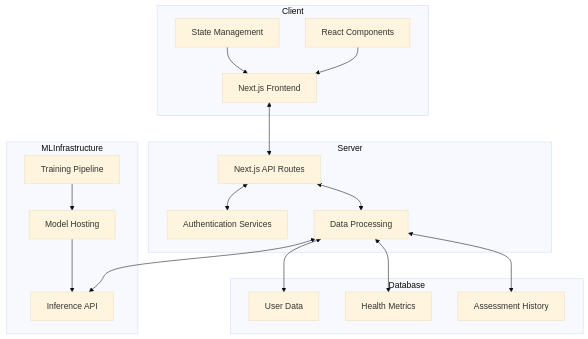
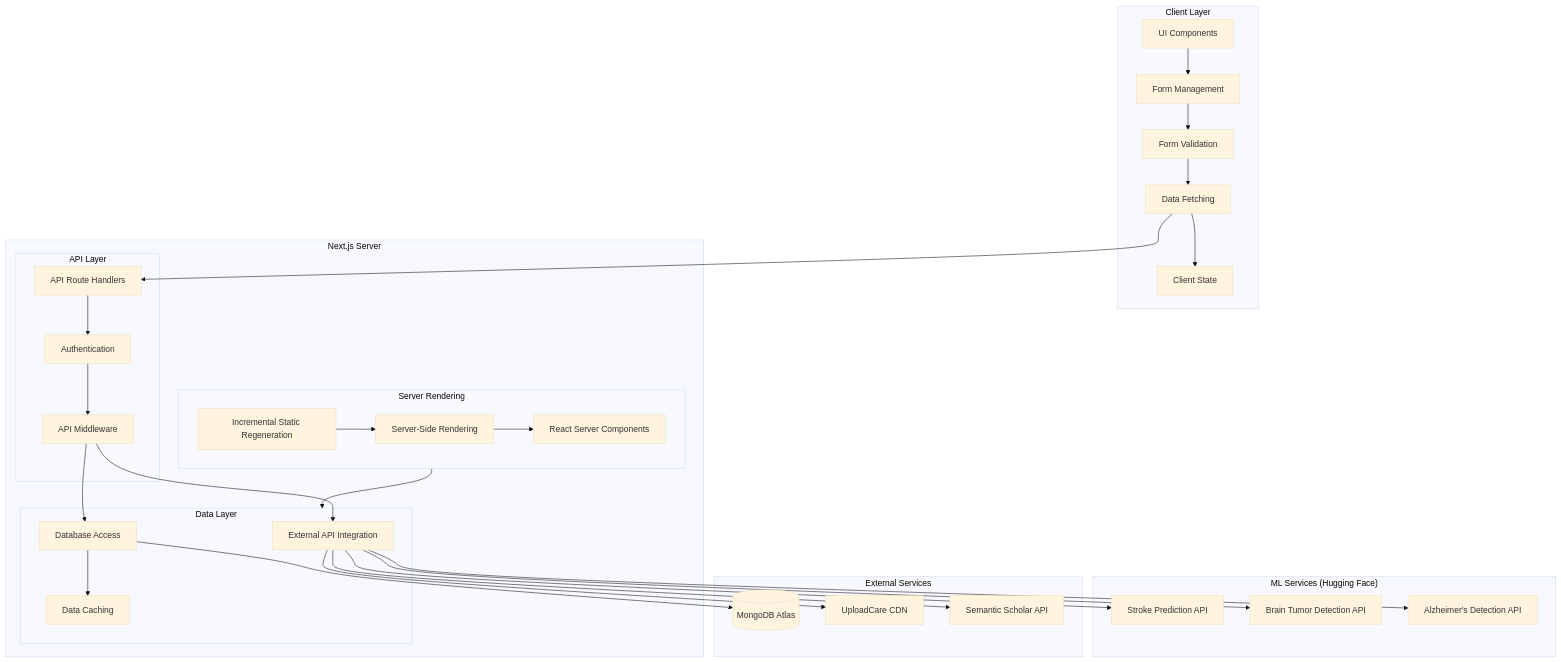
Before and after one commit to AbdullahSaeed1211/temp: the fourth of 15 diagrams in README.md, drawn with Mermaid (base theme). The commit also changed other lines of this file, not shown here.

````diff
--- a/README.md
+++ b/README.md
@@ -252,35 +1072,67 @@
 ```mermaid
 flowchart TD
-    subgraph Client
-        A[Next.js Frontend]
-        B[React Components]
-        C[State Management]
+    subgraph Client["Client Layer"]
+        UI[UI Components]
+        Form[Form Management]
+        ClientState[Client State]
+        Validation[Form Validation]
+        ClientFetch[Data Fetching]
     end
-    subgraph Server
-        D[Next.js API Routes]
-        E[Authentication Services]
-        F[Data Processing]
+
+    subgraph NextServer["Next.js Server"]
+        subgraph ServerRendering["Server Rendering"]
+            SSR[Server-Side Rendering]
+            RSC[React Server Components]
+            ISR[Incremental Static Regeneration]
+        end
+        
+        subgraph APILayer["API Layer"]
+            APIRoutes[API Route Handlers]
+            Authentication[Authentication]
+            Middleware[API Middleware]
+        end
+        
+        subgraph DataLayer["Data Layer"]
+            DBAccess[Database Access]
+            Caching[Data Caching]
+            ApiIntegration[External API Integration]
+        end
     end
-    subgraph Database
-        G[User Data]
-        H[Health Metrics]
-        I[Assessment History]
+
+    subgraph MLServices["ML Services (Hugging Face)"]
+        StrokeAPI[Stroke Prediction API]
+        TumorAPI[Brain Tumor Detection API]
+        AlzheimersAPI[Alzheimer's Detection API]
     end
-    subgraph MLInfrastructure
-        J[Model Hosting]
-        K[Inference API]
-        L[Training Pipeline]
+
+    subgraph ExternalServices["External Services"]
+        MongoDB[(MongoDB Atlas)]
+        UploadCare[UploadCare CDN]
+        SemanticScholar[Semantic Scholar API]
     end
+
+    UI --> Form
+    Form --> Validation
+    Validation --> ClientFetch
+    ClientFetch --> APIRoutes
+    ClientFetch --> ClientState
     
-    A <--> D
-    B --> A
-    C --> A
-    D <--> E
-    D <--> F
-    F <--> G
-    F <--> H
-    F <--> I
-    F <--> K
-    J --> K
-    L --> J
+    SSR --> RSC
+    ISR --> SSR
+    
+    APIRoutes --> Authentication
+    Authentication --> Middleware
+    Middleware --> DBAccess
+    Middleware --> ApiIntegration
+    
+    DBAccess --> MongoDB
+    DBAccess --> Caching
+    
+    ApiIntegration --> StrokeAPI
+    ApiIntegration --> TumorAPI
+    ApiIntegration --> AlzheimersAPI
+    ApiIntegration --> UploadCare
+    ApiIntegration --> SemanticScholar
+    
+    ServerRendering --> DataLayer
 ```
````
